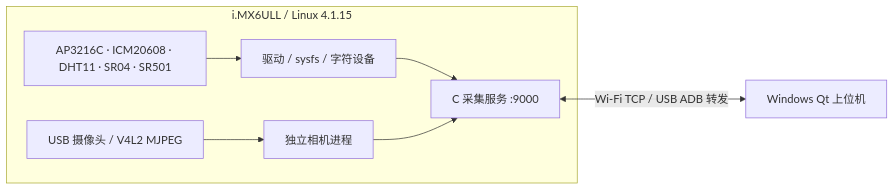
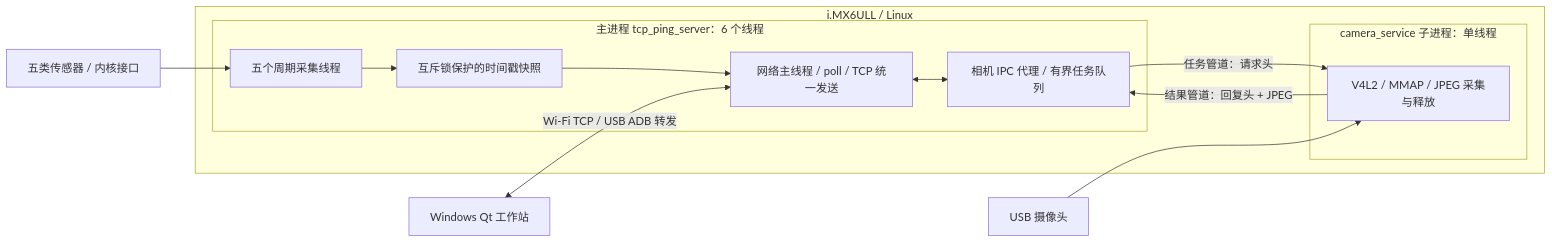
The diagram in README.md (anyway-sc/imx6ull-inspection-terminal), drawn with Mermaid before and after one commit. The commit also changed other lines of this file and 4 other files, not shown here.

````diff
--- a/README.md
+++ b/README.md
@@ -23,12 +33,24 @@
 ```mermaid
 flowchart LR
-    subgraph Board["i.MX6ULL / Linux 4.1.15"]
-        Sensors["AP3216C · ICM20608 · DHT11 · SR04 · SR501"]
-        Kernel["驱动 / sysfs / 字符设备"]
-        Camera["USB 摄像头 / V4L2 MJPEG"]
-        Server["C 采集服务 :9000"]
-        Sensors --> Kernel --> Server
-        Camera --> CameraProcess[独立相机进程] --> Server
+    Qt["Windows Qt 工作站"]
+    Devices["五类传感器 / 内核接口"]
+    Camera["USB 摄像头"]
+    subgraph Board["i.MX6ULL / Linux"]
+        subgraph Main["主进程 tcp_ping_server：6 个线程"]
+            Samplers["五个周期采集线程"]
+            Cache["互斥锁保护的时间戳快照"]
+            Network["网络主线程 / poll / TCP 统一发送"]
+            Proxy["相机 IPC 代理 / 有界任务队列"]
+            Samplers --> Cache --> Network
+            Network <--> Proxy
+        end
+        subgraph Child["camera_service 子进程：单线程"]
+            Capture["V4L2 / MMAP / JPEG 采集与释放"]
+        end
+        Proxy -->|"任务管道：请求头"| Capture
+        Capture -->|"结果管道：回复头 + JPEG"| Proxy
     end
-    Server <-->|"Wi-Fi TCP / USB ADB 转发"| Qt["Windows Qt 上位机"]
+    Devices --> Samplers
+    Camera --> Capture
+    Qt <-->|"Wi-Fi TCP / USB ADB 转发"| Network
 ```
````
